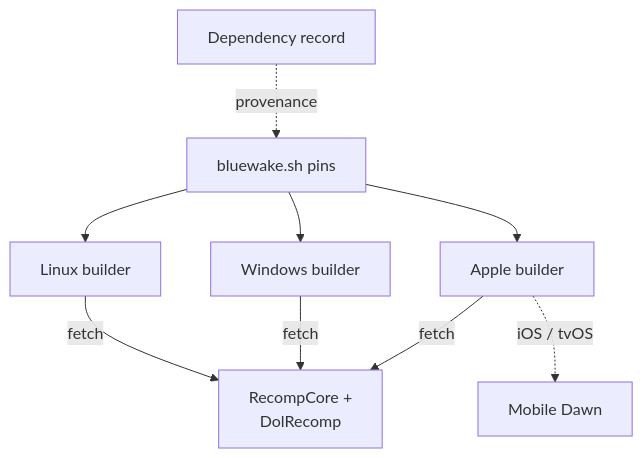
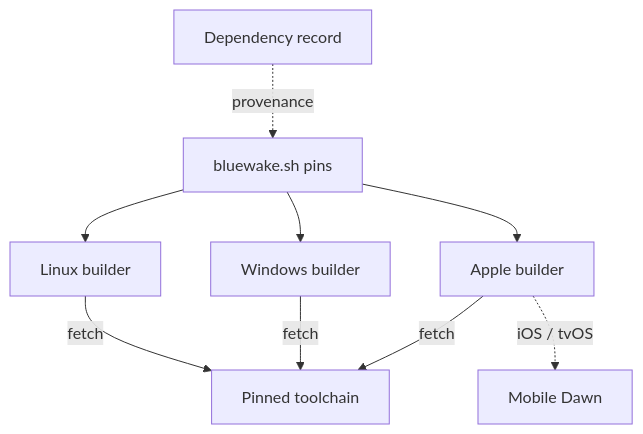
Before and after one commit to Aelbannan/boat_of_daphnes: the third of 10 diagrams in docs/architecture/Build.md, drawn with Mermaid. The commit also changed other lines of this file, not shown here.

Commit message:
Simplify Build diagram labels

````diff
--- a/docs/architecture/Build.md
+++ b/docs/architecture/Build.md
@@ -202,20 +200,19 @@
 ```mermaid
 flowchart TD
     Profile["bluewake.sh pins"]
     Lock["Dependency record"]
     Linux["Linux builder"]
     Windows["Windows builder"]
     Apple["Apple builder"]
-    Checkout["`RecompCore +
-DolRecomp`"]
+    Checkout["Pinned toolchain"]
     Dawn["Mobile Dawn"]
 
     Profile --> Linux
     Profile --> Windows
     Profile --> Apple
     Linux -->|fetch| Checkout
     Windows -->|fetch| Checkout
     Apple -->|fetch| Checkout
     Apple -. "iOS / tvOS" .-> Dawn
     Lock -. "provenance" .-> Profile
 ```
````
